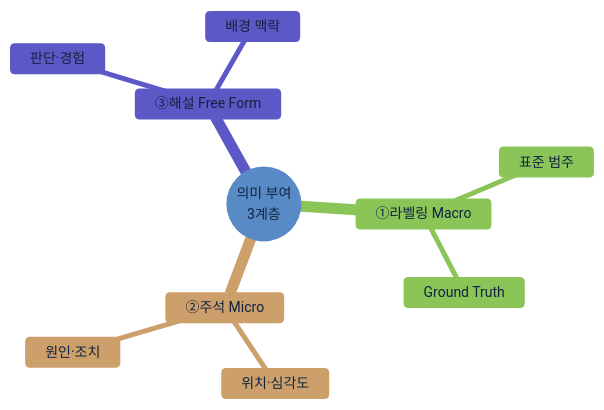
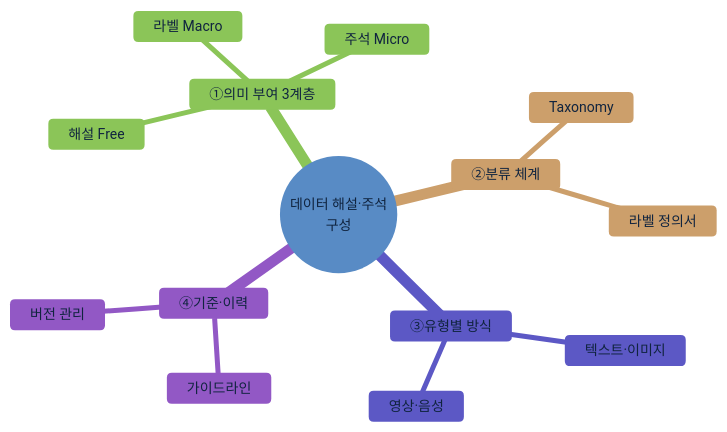
The third of 8 diagrams in 가이드 작성/B-2 데이터 해설·주석/B-2 데이터 해설·주석.md (jin-kearney/ai-ready-data-manual), drawn with Mermaid before and after one commit. The commit also changed other lines of this file and 1 other file, not shown here.

````diff
--- a/가이드 작성/B-2 데이터 해설·주석/B-2 데이터 해설·주석.md
+++ b/가이드 작성/B-2 데이터 해설·주석/B-2 데이터 해설·주석.md
@@ -176,14 +152,18 @@
 ```mermaid
 %%{init: {'theme':'base','themeVariables':{'primaryColor':'#B7CDE6','primaryBorderColor':'#2456A4','primaryTextColor':'#10243f','lineColor':'#2456A4','fontSize':'14px'}}}%%
 mindmap
-  root(("의미 부여<br/>3계층"))
-    ①라벨링 Macro
-      표준 범주
-      Ground Truth
-    ②주석 Micro
-      위치·심각도
-      원인·조치
-    ③해설 Free Form
-      판단·경험
-      배경 맥락
+  root(("데이터 해설·주석<br/>구성"))
+    ①의미 부여 3계층
+      라벨 Macro
+      주석 Micro
+      해설 Free
+    ②분류 체계
+      Taxonomy
+      라벨 정의서
+    ③유형별 방식
+      텍스트·이미지
+      영상·음성
+    ④기준·이력
+      가이드라인
+      버전 관리
 ```
````
